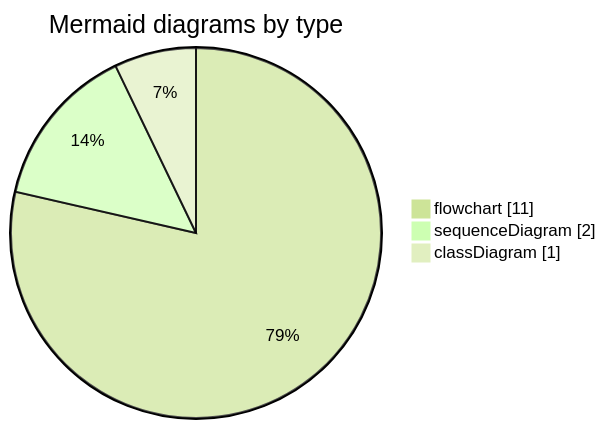
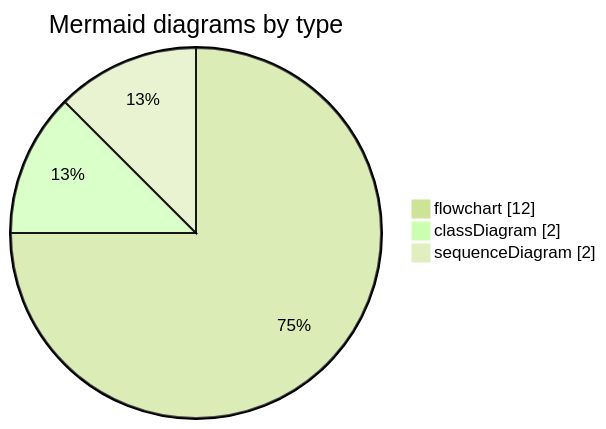
One commit to chris-piekarski/hot-iron changed the second of 2 diagrams in docs/stats.md. Above: the diagram before and after it, drawn with Mermaid (forest theme). The commit also changed other lines of this file and 133 other files, not shown here.

````diff
--- a/docs/stats.md
+++ b/docs/stats.md
@@ -117,7 +119,7 @@
 ```mermaid
 pie showData
     title Mermaid diagrams by type
-    "flowchart" : 11
+    "flowchart" : 12
+    "classDiagram" : 2
     "sequenceDiagram" : 2
-    "classDiagram" : 1
 ```
````
